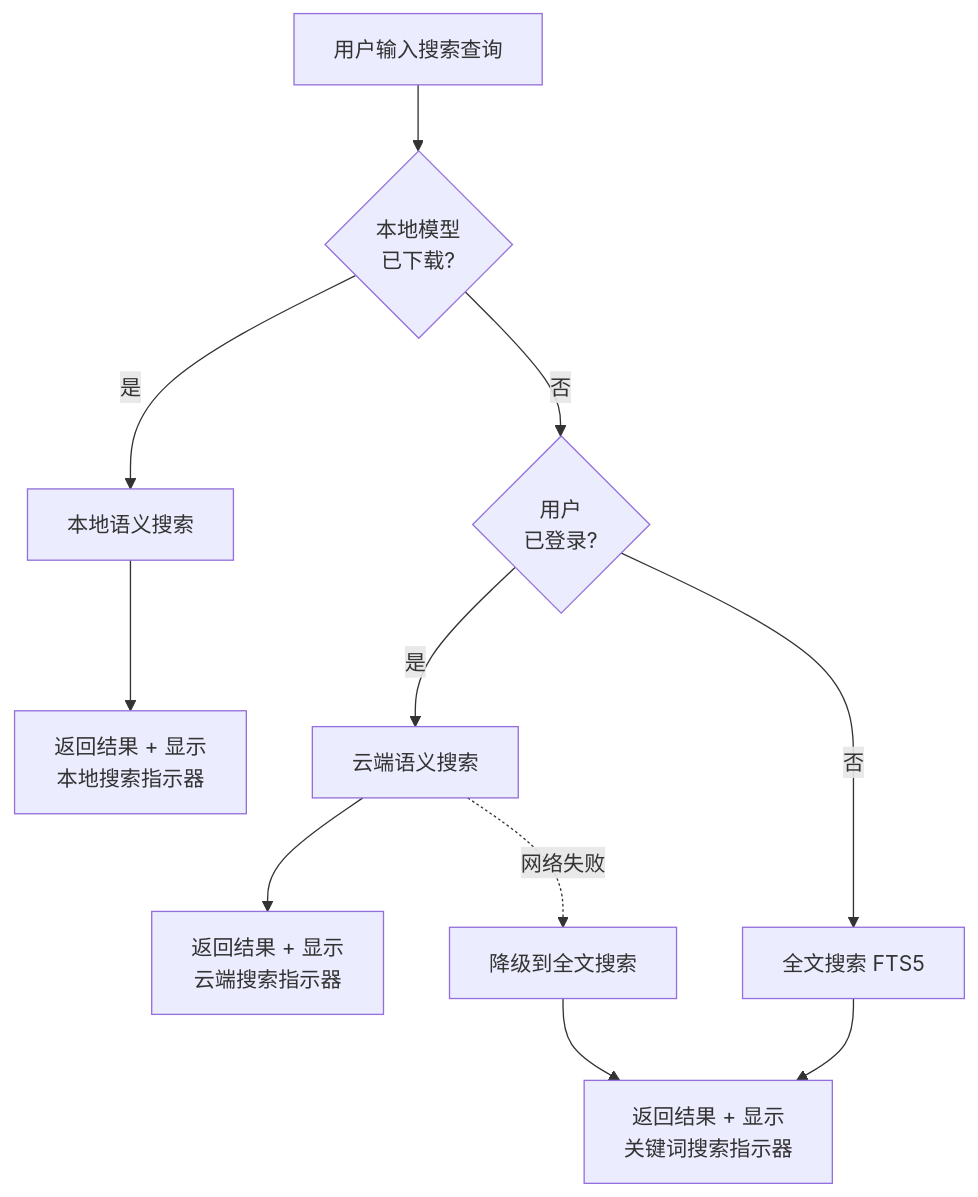
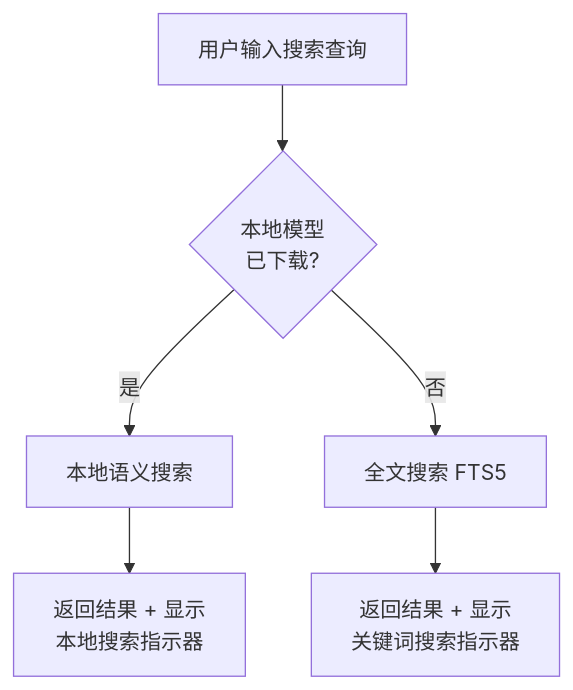
Before and after one commit to wang-xin-peng/SnippetBox: the second of 2 diagrams in docs/design.md, drawn with Mermaid. The commit also changed other lines of this file and 14 other files, not shown here.

````diff
--- a/docs/design.md
+++ b/docs/design.md
@@ -214,15 +211,9 @@
 ```mermaid
 graph TD
     A[用户输入搜索查询] --> B{本地模型<br/>已下载?}
     B -->|是| C[本地语义搜索]
-    B -->|否| D{用户<br/>已登录?}
-    D -->|是| E[云端语义搜索]
-    D -->|否| F[全文搜索 FTS5]
-  
-    C --> G[返回结果 + 显示<br/>本地搜索指示器]
-    E --> H[返回结果 + 显示<br/>云端搜索指示器]
-    F --> I[返回结果 + 显示<br/>关键词搜索指示器]
-  
-    E -.网络失败.-> J[降级到全文搜索]
-    J --> I
+    B -->|否| D[全文搜索 FTS5]
+
+    C --> E[返回结果 + 显示<br/>本地搜索指示器]
+    D --> F[返回结果 + 显示<br/>关键词搜索指示器]
 ```
````
